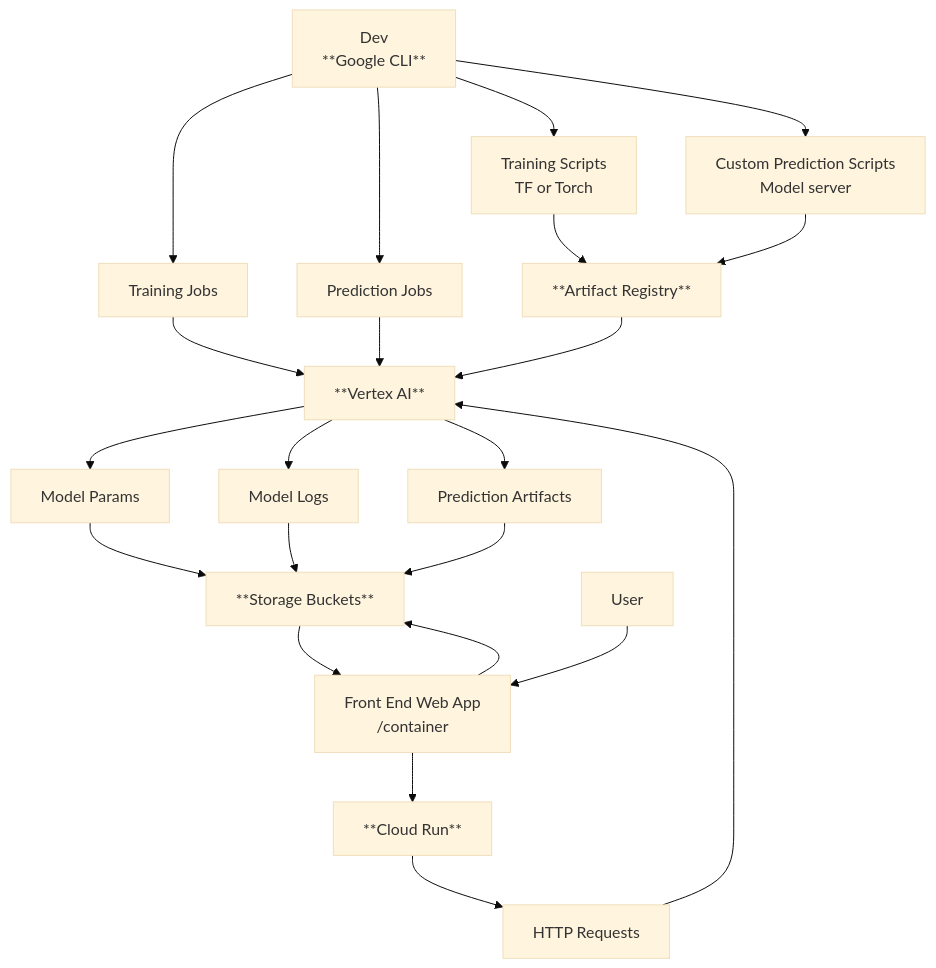
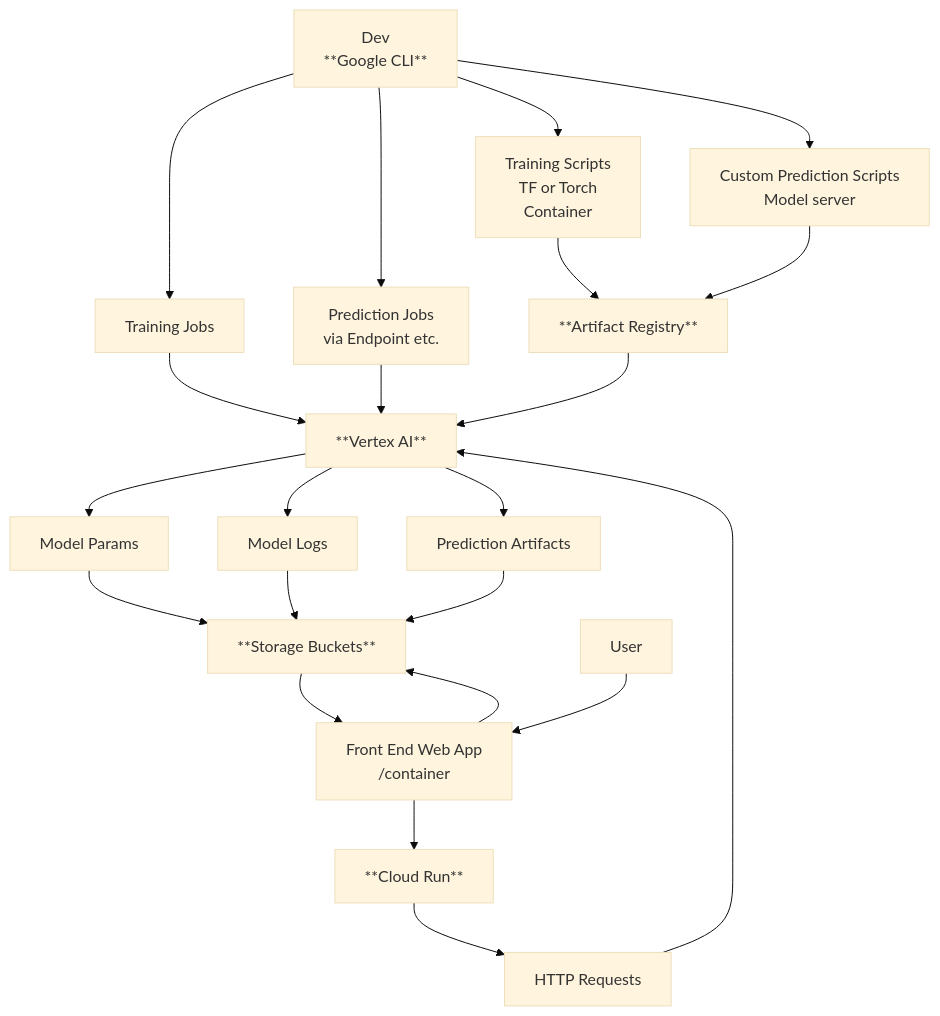
Before and after one commit to nuEGil/NotesOnTextTasks: the diagram in ReadMe.md, drawn with Mermaid (base theme).

````diff
--- a/ReadMe.md
+++ b/ReadMe.md
@@ -41,32 +41,32 @@
 ```mermaid
 graph TD;
 
     %% Training + Containers
-    A[Training Scripts<br/>TF or Torch<br/Container>] --> C[**Artifact Registry**]
+    A[Training Scripts<br/>TF or Torch<br/>Container] --> C[**Artifact Registry**]
 
     %% Prediction scripts to Artifact Registry
     D[Custom Prediction Scripts<br/>Model server] --> C
 
     %% Vertex AI jobs
     C --> E[**Vertex AI**]
     F[Training Jobs] --> E
-    G[Prediction Jobs] --> E
+    G[Prediction Jobs<br/>via Endpoint etc.] --> E
 
     %% Model outputs
     E --> H[Model Params] & I[Model Logs] & J[Prediction Artifacts]
     H & I & J --> K[**Storage Buckets**]
 
     %% Frontend + Cloud Run
     L[Front End Web App<br/>/container] --> N[**Cloud Run**]
     N --> O[HTTP Requests]
     O --> E
     K --> L
     P[User] --> L
 
     %% Dev tools
     Q[Dev<br/>**Google CLI**] --> F & G & A & D
     L --> K
 
     
 
 ```
````
